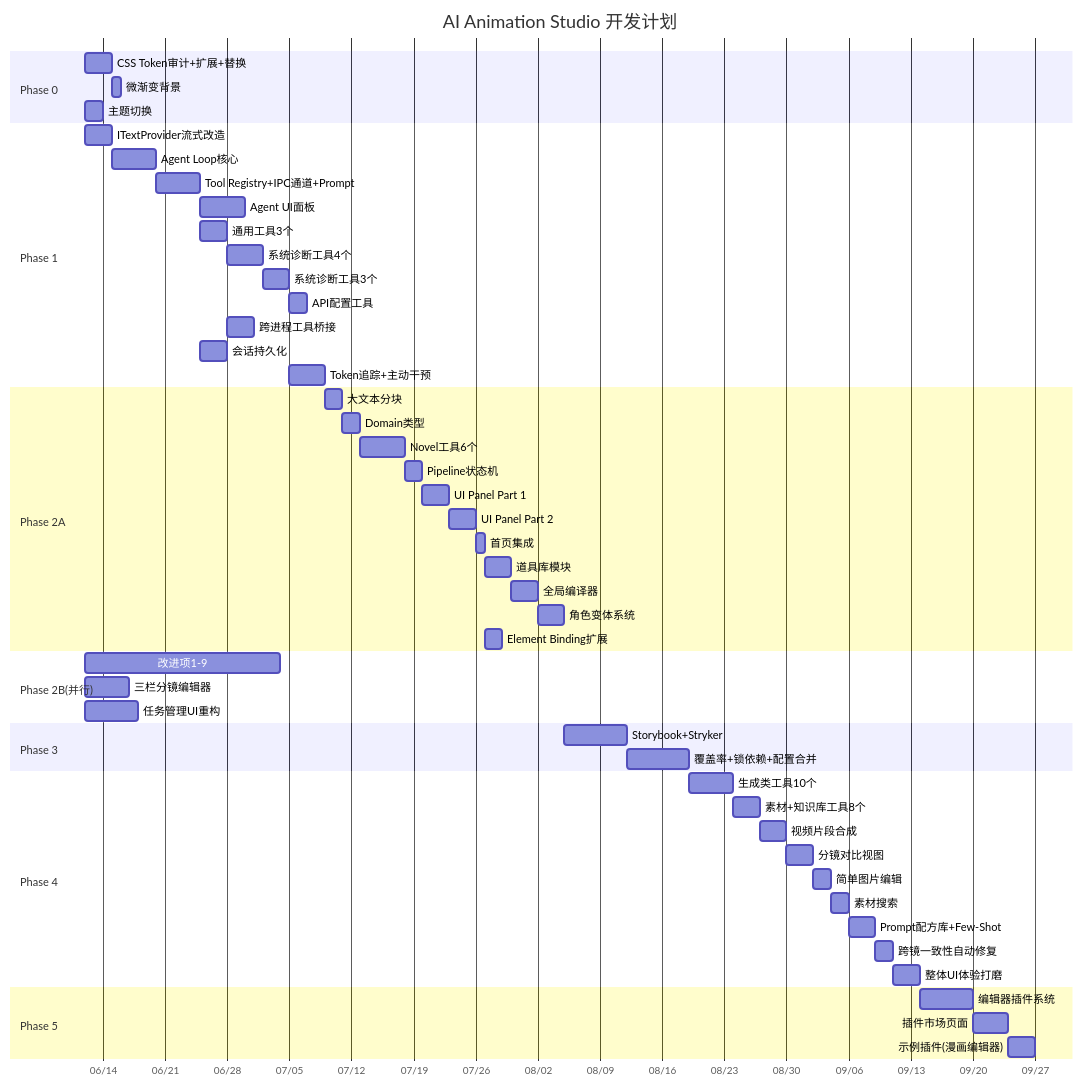
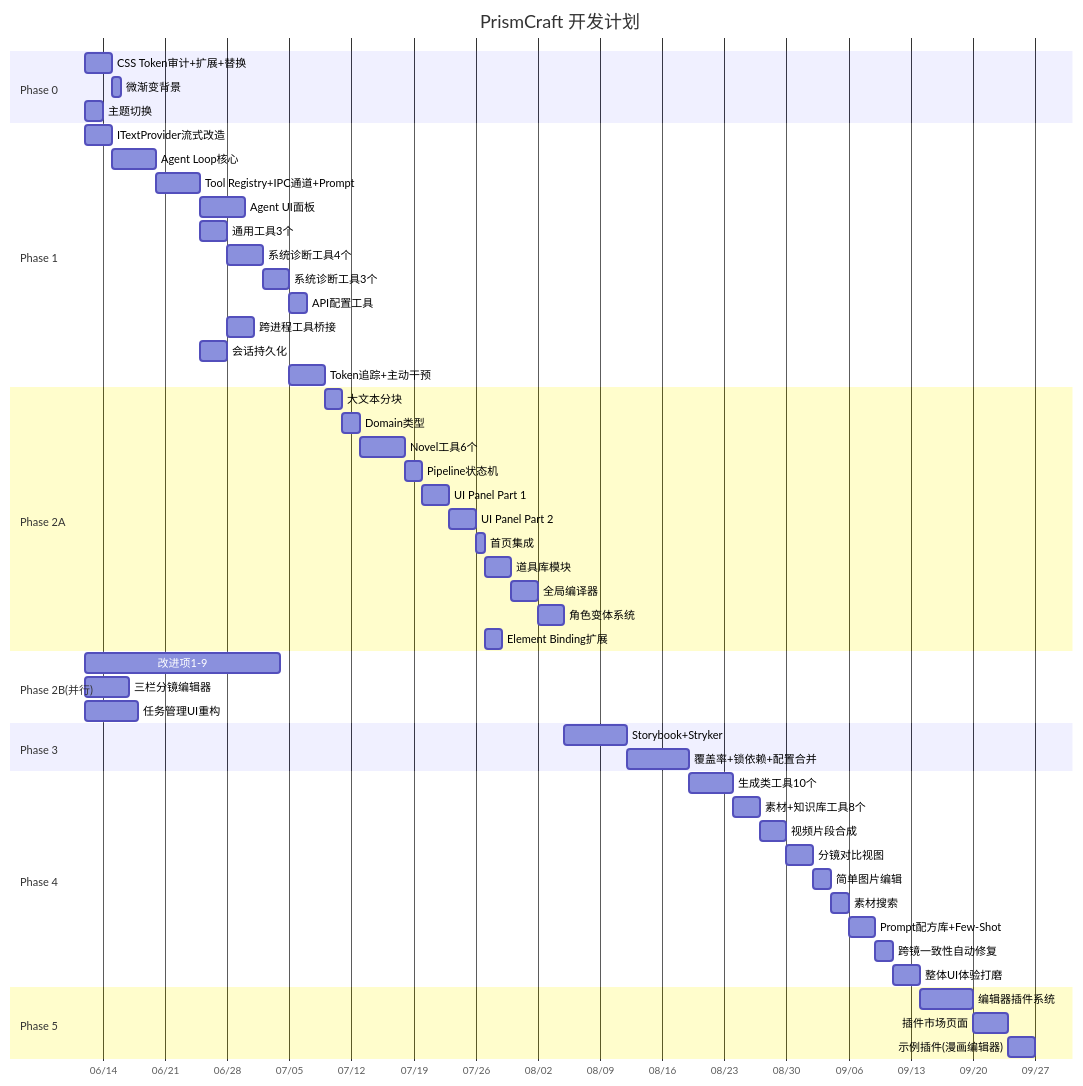
The diagram in docs/development-plan.md (ph2-5/PrismCraft), drawn with Mermaid before and after one commit. The commit also changed other lines of this file and 65 other files, not shown here.

````diff
--- a/docs/development-plan.md
+++ b/docs/development-plan.md
@@ -164,62 +164,62 @@
 ```mermaid
 gantt
-    title AI Animation Studio 开发计划
+    title PrismCraft 开发计划
     dateFormat  YYYY-MM-DD
     axisFormat  %m/%d
 
     section Phase 0
     CSS Token审计+扩展+替换 :p0a, 2026-06-12, 3d
     微渐变背景 :p0b, after p0a, 1d
     主题切换 :p0c, 2026-06-12, 2d
 
     section Phase 1
     ITextProvider流式改造 :p1_0, 2026-06-12, 3d
     Agent Loop核心 :p1_1, after p1_0, 5d
     Tool Registry+IPC通道+Prompt :p1_2, after p1_1, 5d
     Agent UI面板 :p1_5, after p1_2, 5d
     通用工具3个 :p1_6a, after p1_2, 3d
     系统诊断工具4个 :p1_6b, after p1_6a, 4d
     系统诊断工具3个 :p1_6c, after p1_6b, 3d
     API配置工具 :p1_api, after p1_6c, 2d
     跨进程工具桥接 :p1_7, after p1_6a, 3d
     会话持久化 :p1_8, after p1_2, 3d
     Token追踪+主动干预 :p1_9, after p1_6c, 4d
 
     section Phase 2A
     大文本分块 :p2a0, after p1_9, 2d
     Domain类型 :p2a1, after p2a0, 2d
     Novel工具6个 :p2a2, after p2a1, 5d
     Pipeline状态机 :p2a3, after p2a2, 2d
     UI Panel Part 1 :p2a4, after p2a3, 3d
     UI Panel Part 2 :p2a5, after p2a4, 3d
     首页集成 :p2a6, after p2a5, 1d
     道具库模块 :p2a8, after p2a6, 3d
     全局编译器 :p2a9, after p2a8, 3d
     角色变体系统 :p2a10, after p2a9, 3d
     Element Binding扩展 :p2a11, after p2a6, 2d
 
     section Phase 2B(并行)
     改进项1-9 :p2b_1, 2026-06-12, 22d
     三栏分镜编辑器 :p2b11, 2026-06-12, 5d
     任务管理UI重构 :p2b10, 2026-06-12, 6d
 
     section Phase 3
     Storybook+Stryker :p3a, after p2a10, 7d
     覆盖率+锁依赖+配置合并 :p3b, after p3a, 7d
 
     section Phase 4
     生成类工具10个 :p4a1, after p3b, 5d
     素材+知识库工具8个 :p4a2, after p4a1, 3d
     视频片段合成 :p4b1, after p4a2, 3d
     分镜对比视图 :p4b2, after p4b1, 3d
     简单图片编辑 :p4c1, after p4b2, 2d
     素材搜索 :p4c2, after p4c1, 2d
     Prompt配方库+Few-Shot :p4d1, after p4c2, 3d
     跨镜一致性自动修复 :p4d2, after p4d1, 2d
     整体UI体验打磨 :p4d3, after p4d2, 3d
 
     section Phase 5
     编辑器插件系统 :p5a, after p4d3, 6d
     插件市场页面 :p5b, after p5a, 4d
     示例插件(漫画编辑器) :p5c, after p5b, 3d
 ```
````
